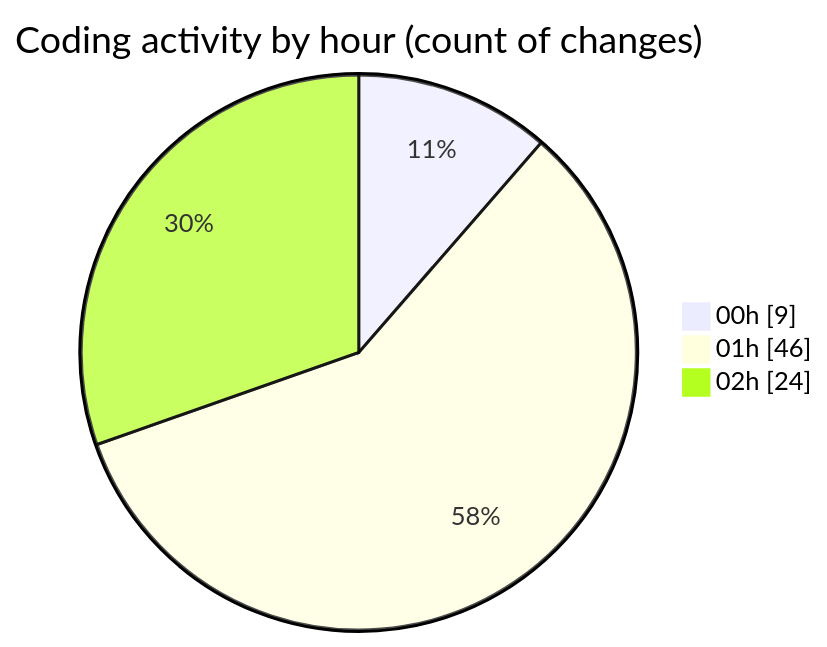
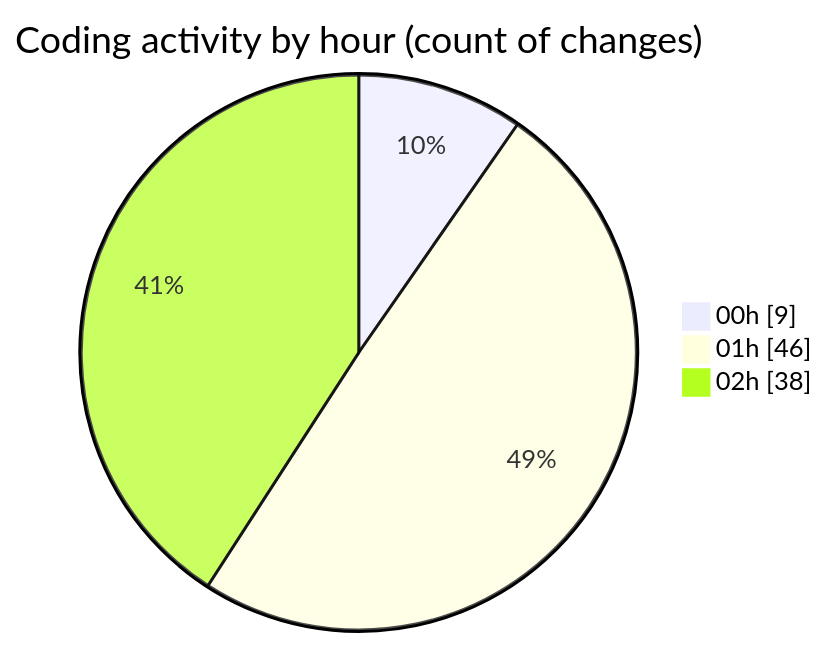
One commit to julien-gomy/code-tracking changed the second of 2 diagrams in 2025-11-18/eventscop-frontend-guide__workspace_/README.md. Above: the diagram before and after it, drawn with Mermaid. The commit also changed other lines of this file and 1 other file, not shown here.

````diff
--- a/2025-11-18/eventscop-frontend-guide__workspace_/README.md
+++ b/2025-11-18/eventscop-frontend-guide__workspace_/README.md
@@ -39,7 +40,7 @@
 ```mermaid
 pie showData
 title Coding activity by hour (count of changes)
 "00h" : 9
 "01h" : 46
-"02h" : 24
+"02h" : 38
 ```
````
